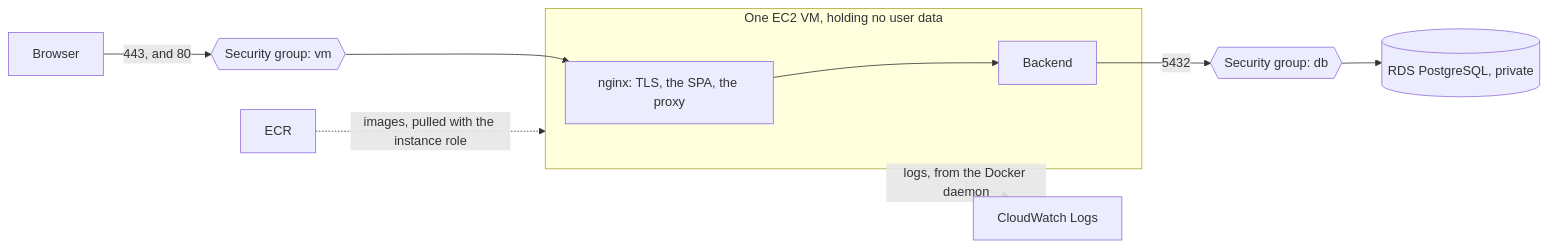
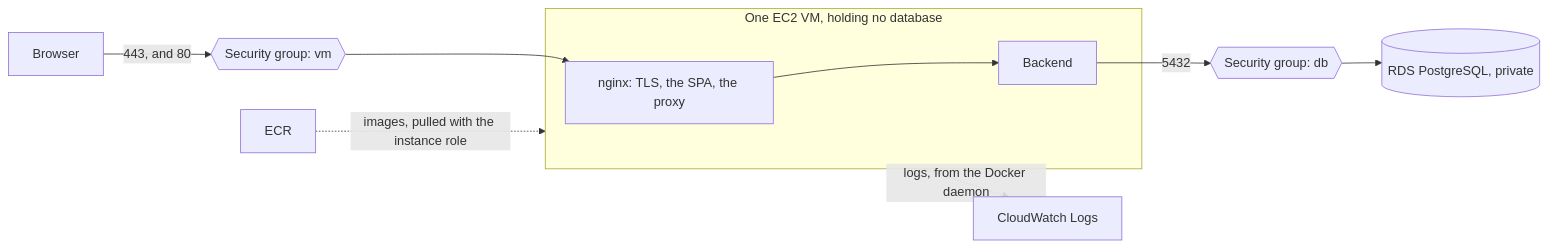
One commit to NaimElijah/UpHealther changed the diagram in docs/ADRs/ADR-086-the-first-deployment-is-one-ec2-vm-running-compose.md. Above: the diagram before and after it, drawn with Mermaid. The commit also changed other lines of this file and 2 other files, not shown here.

````diff
--- a/docs/ADRs/ADR-086-the-first-deployment-is-one-ec2-vm-running-compose.md
+++ b/docs/ADRs/ADR-086-the-first-deployment-is-one-ec2-vm-running-compose.md
@@ -50,12 +52,12 @@
 ```mermaid
 flowchart LR
     browser[Browser] -->|"443, and 80"| vmgroup{{"Security group: vm"}}
     vmgroup --> nginx
-    subgraph vm["One EC2 VM, holding no user data"]
+    subgraph vm["One EC2 VM, holding no database"]
         nginx["nginx: TLS, the SPA, the proxy"] --> backend[Backend]
     end
     backend -->|"5432"| dbgroup{{"Security group: db"}}
     dbgroup --> rds[("RDS PostgreSQL, private")]
     vm -.->|"logs, from the Docker daemon"| logs[CloudWatch Logs]
     ecr[ECR] -.->|"images, pulled with the instance role"| vm
 ```
````
